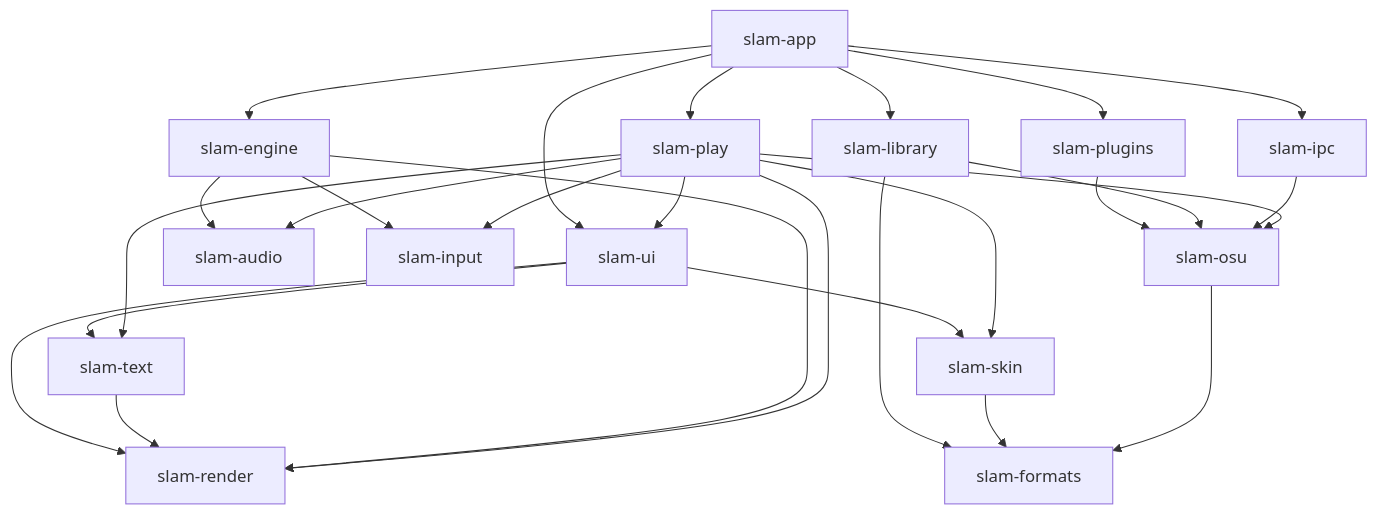
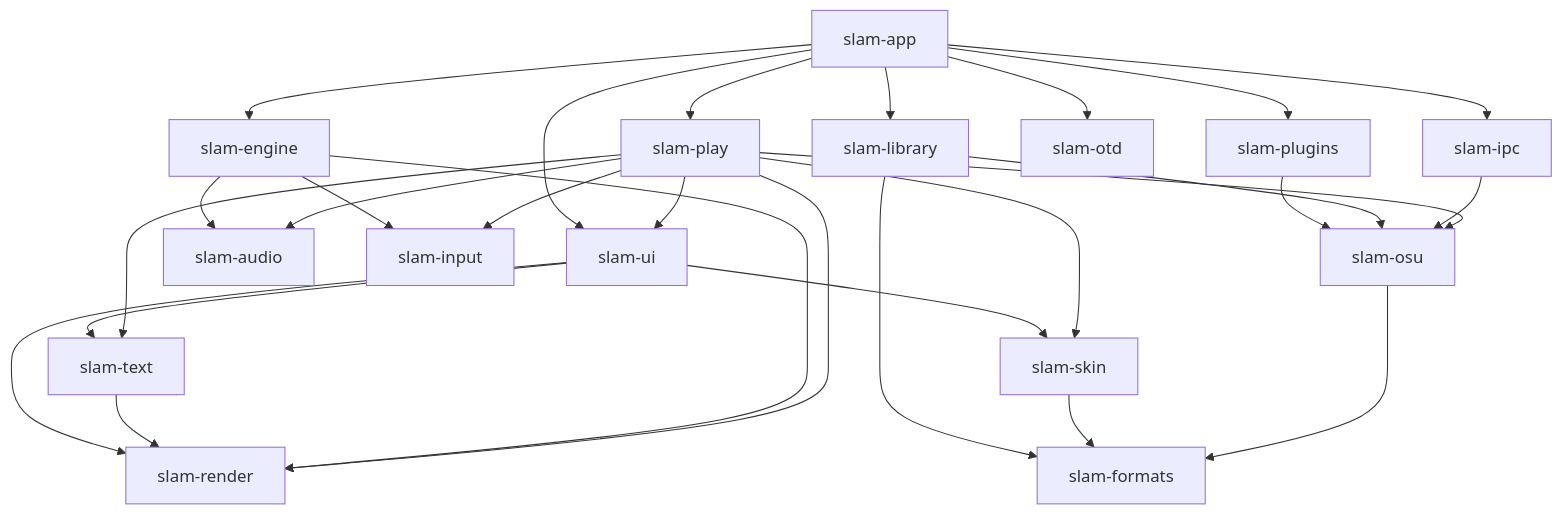
One commit to sheynor43/SLAM changed the diagram in docs/ARCHITECTURE.md. Above: the diagram before and after it, drawn with Mermaid. The commit also changed other lines of this file and 34 other files, not shown here.

````diff
--- a/docs/ARCHITECTURE.md
+++ b/docs/ARCHITECTURE.md
@@ -72,29 +72,30 @@
 ```mermaid
 graph TD
   app[slam-app] --> ui[slam-ui]
   app --> engine[slam-engine]
   app --> library[slam-library]
   app --> plugins[slam-plugins]
   ui --> render[slam-render]
   ui --> skin[slam-skin]
   ui --> text[slam-text]
   text --> render
   engine --> render
   engine --> audio[slam-audio]
   engine --> input[slam-input]
   plugins --> osu[slam-osu]
   library --> formats[slam-formats]
   library --> osu
   skin --> formats
   osu --> formats
   app --> ipc[slam-ipc]
   ipc --> osu
+  app --> otd[slam-otd]
   app --> play[slam-play]
   play --> osu
   play --> ui
   play --> render
   play --> skin
   play --> text
   play --> input
   play --> audio
 ```
````
